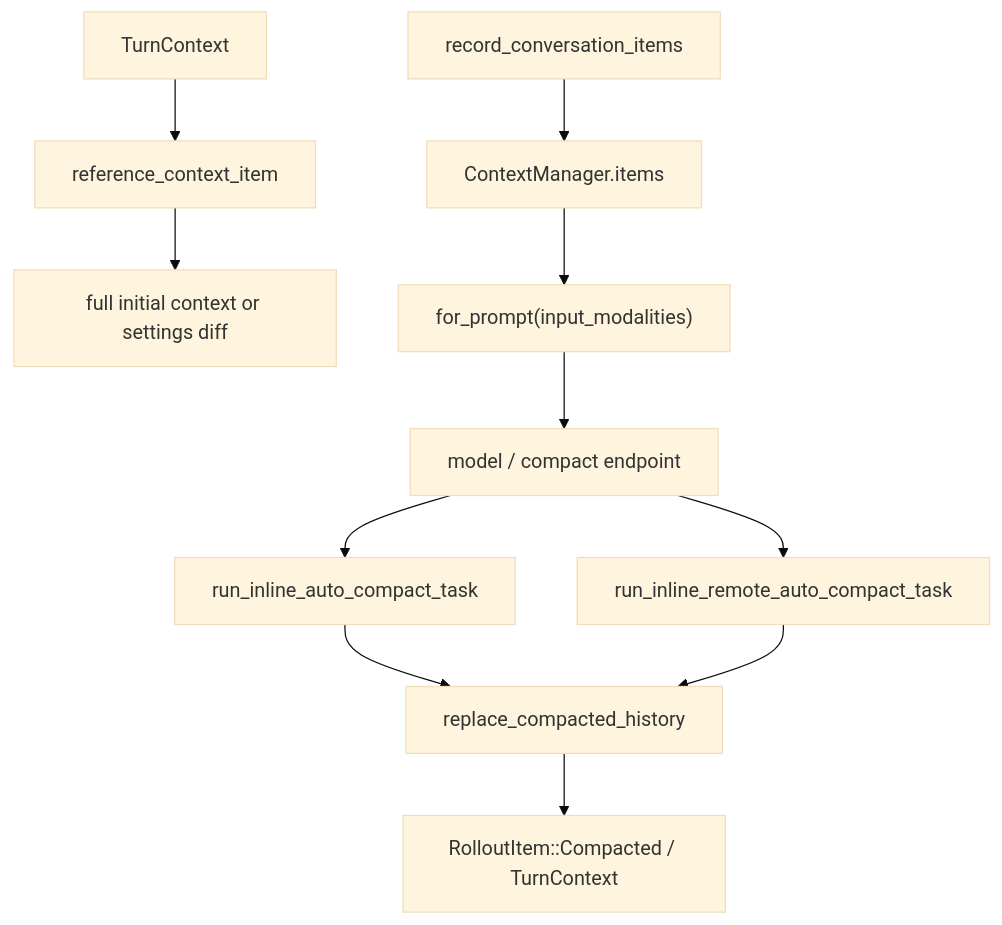
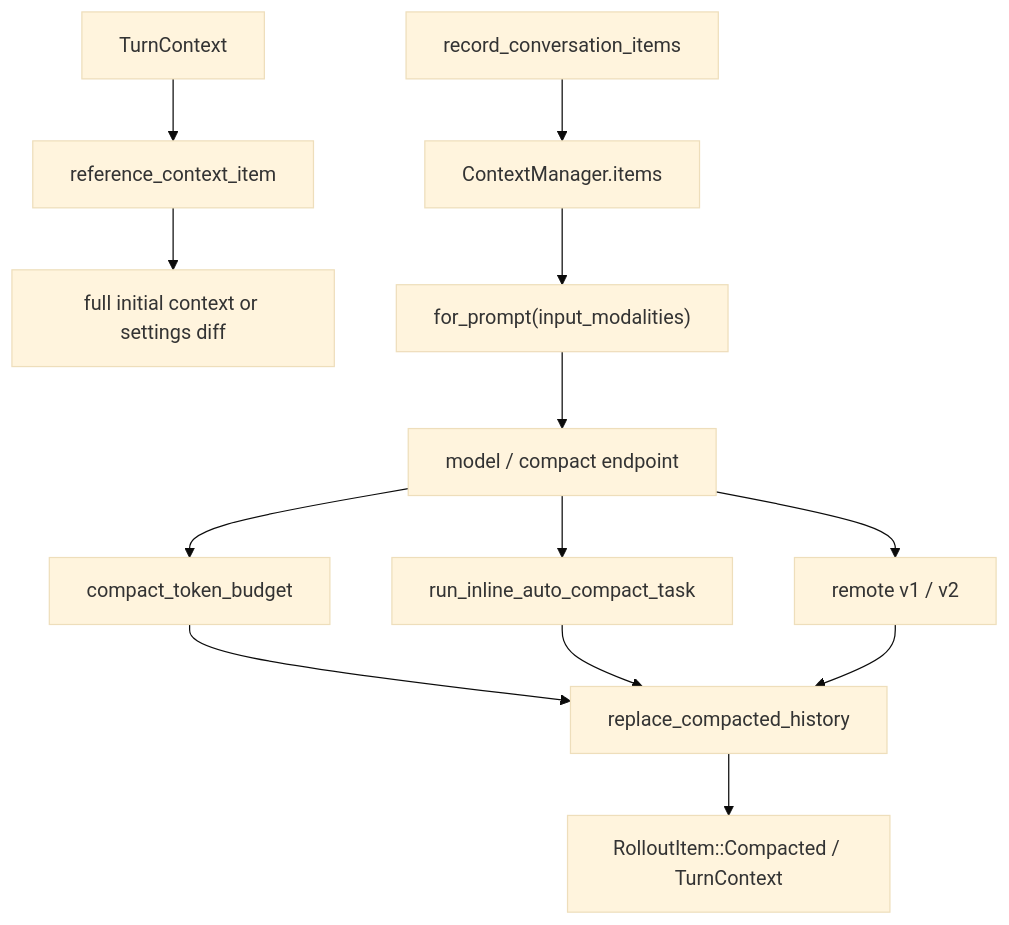
One commit to wdnmdtonyma/SOTA-Agent-LLM-Wiki changed the diagram in docs/llm-wiki/codex/spine/context-and-compaction.md. Above: the diagram before and after it, drawn with Mermaid (base theme). The commit also changed other lines of this file and 196 other files, not shown here.

````diff
--- a/docs/llm-wiki/codex/spine/context-and-compaction.md
+++ b/docs/llm-wiki/codex/spine/context-and-compaction.md
@@ -24,13 +24,15 @@
 ```mermaid
 flowchart TD
     ITEMS["record_conversation_items"] --> CM["ContextManager.items"]
     TURN["TurnContext"] --> BASE["reference_context_item"]
     BASE --> DIFF["full initial context or settings diff"]
     CM --> PROMPT["for_prompt(input_modalities)"]
     PROMPT --> MODEL["model / compact endpoint"]
+    MODEL --> TB["compact_token_budget"]
     MODEL --> LOCAL["run_inline_auto_compact_task"]
-    MODEL --> REMOTE["run_inline_remote_auto_compact_task"]
-    LOCAL --> REPLACE["replace_compacted_history"]
+    MODEL --> REMOTE["remote v1 / v2"]
+    TB --> REPLACE["replace_compacted_history"]
+    LOCAL --> REPLACE
     REMOTE --> REPLACE
     REPLACE --> ROLLOUT["RolloutItem::Compacted / TurnContext"]
 ```
````
